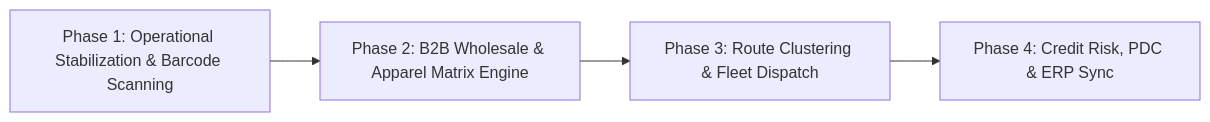
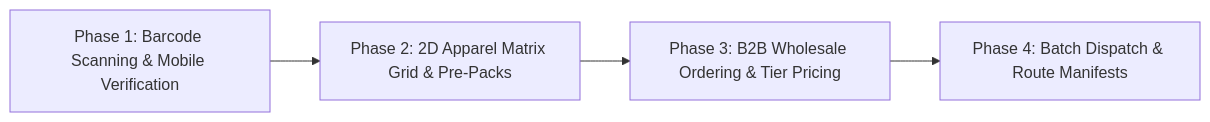
Before and after one commit to suvedisudip45-dev/JiyaCollections: the third of 3 diagrams in docs/distributor-perspective-analysis-and-roadmap.md, drawn with Mermaid. The commit also changed other lines of this file and 5 other files, not shown here.

````diff
--- a/docs/distributor-perspective-analysis-and-roadmap.md
+++ b/docs/distributor-perspective-analysis-and-roadmap.md
@@ -484,6 +340,6 @@
 ```mermaid
 flowchart LR
-    P1[Phase 1: Operational Stabilization & Barcode Scanning] --> P2[Phase 2: B2B Wholesale & Apparel Matrix Engine]
-    P2 --> P3[Phase 3: Route Clustering & Fleet Dispatch]
-    P3 --> P4[Phase 4: Credit Risk, PDC & ERP Sync]
+    Phase1[Phase 1: Barcode Scanning & Mobile Verification] --> Phase2[Phase 2: 2D Apparel Matrix Grid & Pre-Packs]
+    Phase2 --> Phase3[Phase 3: B2B Wholesale Ordering & Tier Pricing]
+    Phase3 --> Phase4[Phase 4: Batch Dispatch & Route Manifests]
 ```
````
